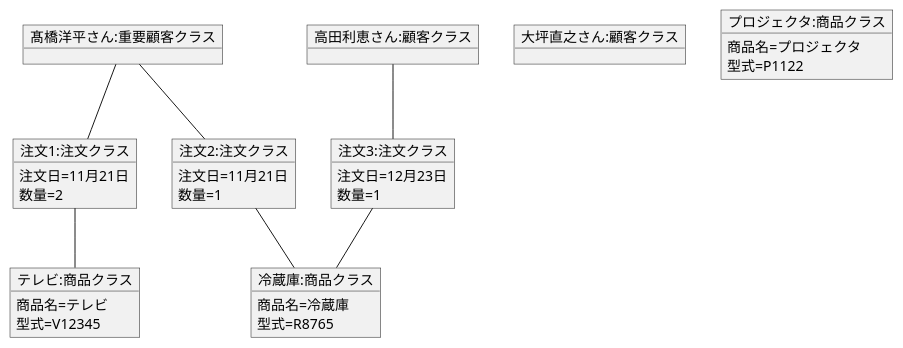
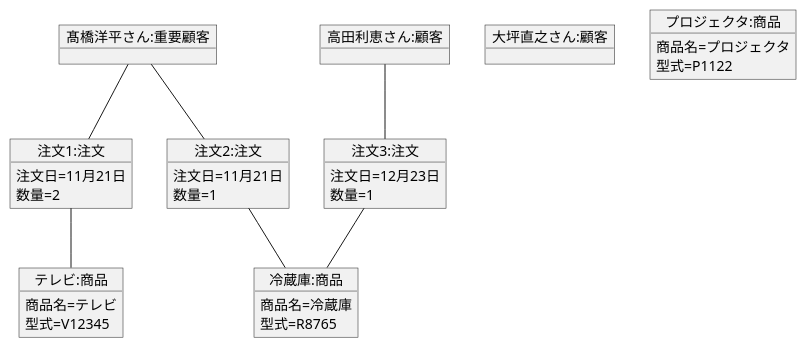
Before and after one commit to IshikawaMasato/uml-introduction: the diagram in 演習3-7_OBJ_注文のオブジェクト図.pu, drawn with PlantUML.

Commit message:
演習３－７の修正

```diff
--- a/演習3-7_OBJ_注文のオブジェクト図.pu
+++ b/演習3-7_OBJ_注文のオブジェクト図.pu
@@ -1,41 +1,41 @@
 @startuml 演習３－７
-object "髙橋洋平さん:重要顧客クラス" as 髙橋洋平さん{
+object "髙橋洋平さん:重要顧客" as 髙橋洋平さん{
 
 }
-object "高田利恵さん:顧客クラス" as 高田利恵さん{
+object "高田利恵さん:顧客" as 高田利恵さん{
 
 }
-object "大坪直之さん:顧客クラス" as 大坪直之さん{
+object "大坪直之さん:顧客" as 大坪直之さん{
 
 }
-object "テレビ:商品クラス" as テレビ{
+object "テレビ:商品" as テレビ{
     商品名=テレビ
     型式=V12345
 }
-object "冷蔵庫:商品クラス" as 冷蔵庫{
+object "冷蔵庫:商品" as 冷蔵庫{
     商品名=冷蔵庫
     型式=R8765
 }
-object "プロジェクタ:商品クラス" as プロジェクタ{
+object "プロジェクタ:商品" as プロジェクタ{
     商品名=プロジェクタ
     型式=P1122
 }
-object "注文1:注文クラス" as 注文1{
+object "注文1:注文" as 注文1{
     注文日=11月21日
     数量=2
 } 
-object "注文2:注文クラス" as 注文2{
+object "注文2:注文" as 注文2{
     注文日=11月21日
     数量=1
 } 
-object "注文3:注文クラス" as 注文3{
+object "注文3:注文" as 注文3{
     注文日=12月23日
     数量=1
 } 
 髙橋洋平さん -- 注文1
 注文1 -- テレビ
 髙橋洋平さん -- 注文2
 注文2 -- 冷蔵庫
 高田利恵さん -- 注文3
 注文3--冷蔵庫
 @enduml
```
